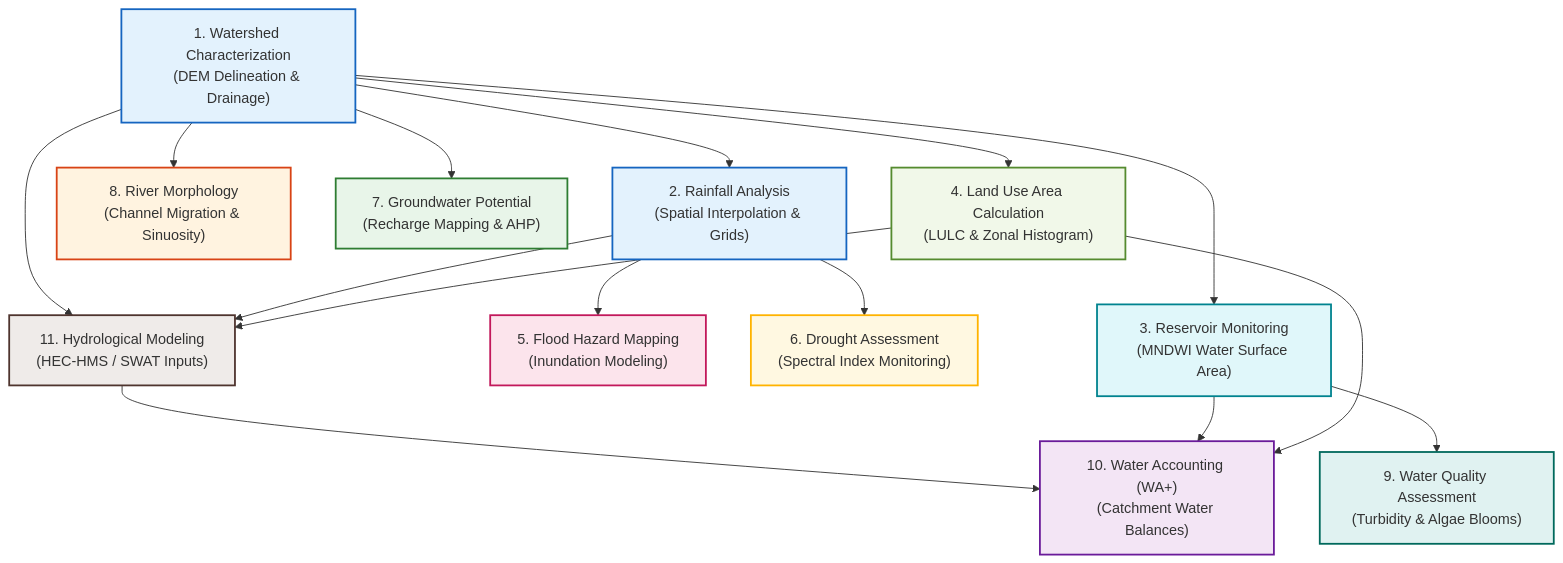
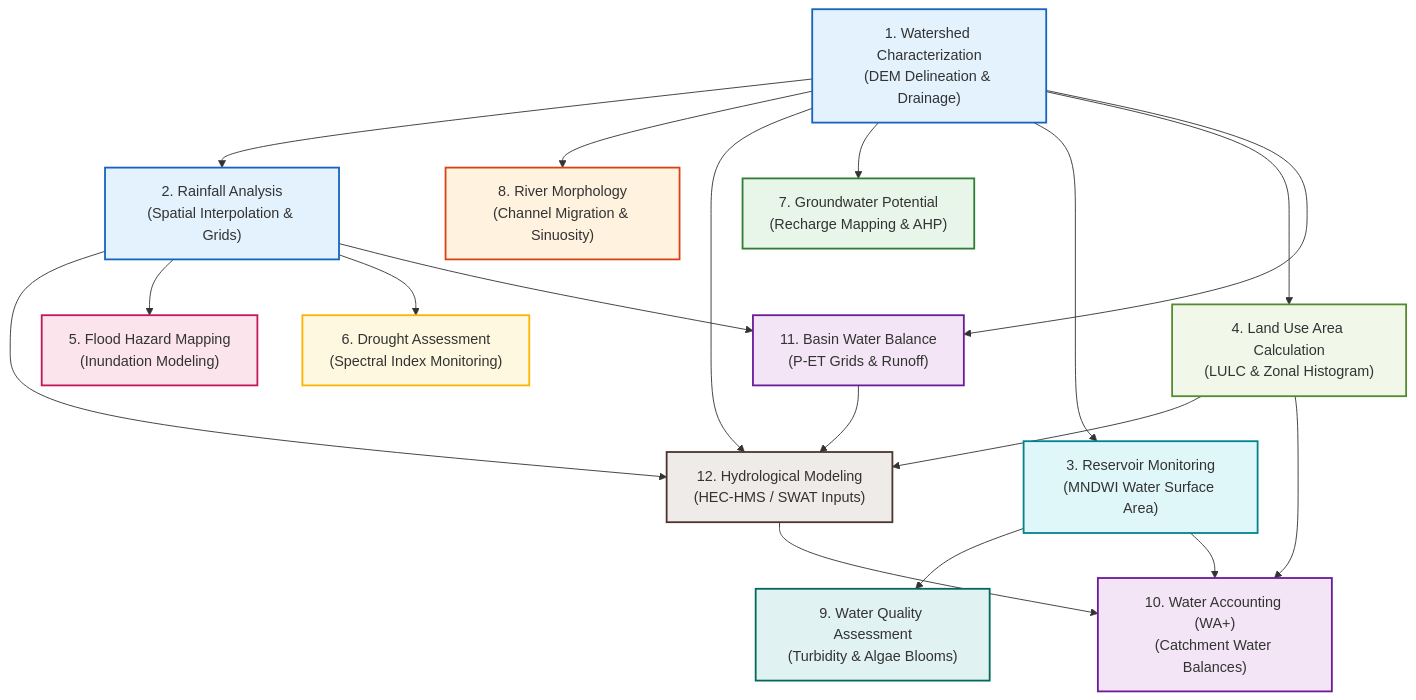
Before and after one commit to Rotten-Grapes-Pvt-Ltd/QGIS-WECS: the diagram in docs/hydrology_apps/index.md, drawn with Mermaid. The commit also changed other lines of this file and 2 other files, not shown here.

Commit message:
docs: add new theme guide for Basin Water Balance calculation in QGIS

````diff
--- a/docs/hydrology_apps/index.md
+++ b/docs/hydrology_apps/index.md
@@ -13,35 +13,40 @@
 ```mermaid
 flowchart TD
     A["1. Watershed Characterization<br/>(DEM Delineation & Drainage)"] --> B["2. Rainfall Analysis<br/>(Spatial Interpolation & Grids)"]
     A --> C["8. River Morphology<br/>(Channel Migration & Sinuosity)"]
-    A --> J["11. Hydrological Modeling<br/>(HEC-HMS / SWAT Inputs)"]
+    A --> J["12. Hydrological Modeling<br/>(HEC-HMS / SWAT Inputs)"]
     
     B --> J
     B --> D["5. Flood Hazard Mapping<br/>(Inundation Modeling)"]
     B --> E["6. Drought Assessment<br/>(Spectral Index Monitoring)"]
     
     A --> F["7. Groundwater Potential<br/>(Recharge Mapping & AHP)"]
     
     A --> G["3. Reservoir Monitoring<br/>(MNDWI Water Surface Area)"]
     G --> H["9. Water Quality Assessment<br/>(Turbidity & Algae Blooms)"]
     
     J --> I["10. Water Accounting (WA+)<br/>(Catchment Water Balances)"]
     G --> I
     
     A --> K["4. Land Use Area Calculation<br/>(LULC & Zonal Histogram)"]
     K --> J
     K --> I
+    
+    A --> L["11. Basin Water Balance<br/>(P-ET Grids & Runoff)"]
+    B --> L
+    L --> J
 
     %% Styling
     style A fill:#e3f2fd,stroke:#1565c0,stroke-width:2px
     style B fill:#e3f2fd,stroke:#1565c0,stroke-width:2px
     style C fill:#fff3e0,stroke:#d84315,stroke-width:2px
     style D fill:#fce4ec,stroke:#c2185b,stroke-width:2px
     style E fill:#fff8e1,stroke:#ffb300,stroke-width:2px
     style F fill:#e8f5e9,stroke:#2e7d32,stroke-width:2px
     style G fill:#e0f7fa,stroke:#00838f,stroke-width:2px
     style H fill:#e0f2f1,stroke:#00695c,stroke-width:2px
     style I fill:#f3e5f5,stroke:#6a1b9a,stroke-width:2px
     style J fill:#efebe9,stroke:#4e342e,stroke-width:2px
     style K fill:#f1f8e9,stroke:#558b2f,stroke-width:2px
+    style L fill:#f3e5f5,stroke:#6a1b9a,stroke-width:2px
 ```
````
